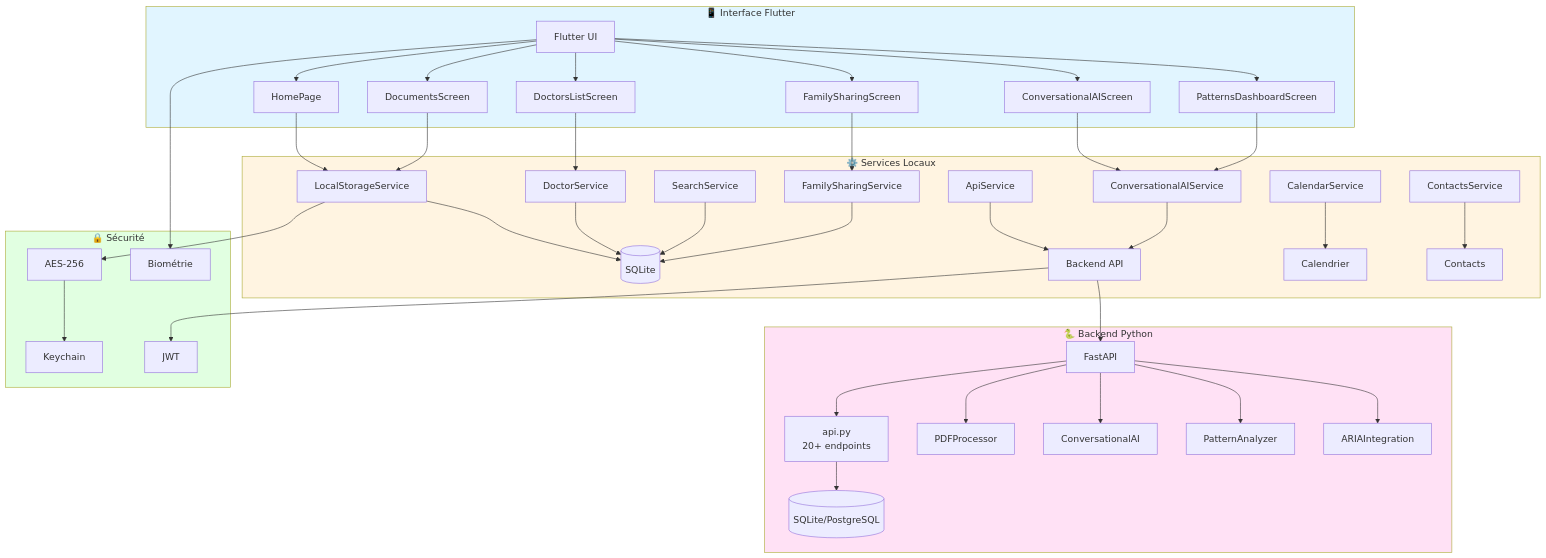
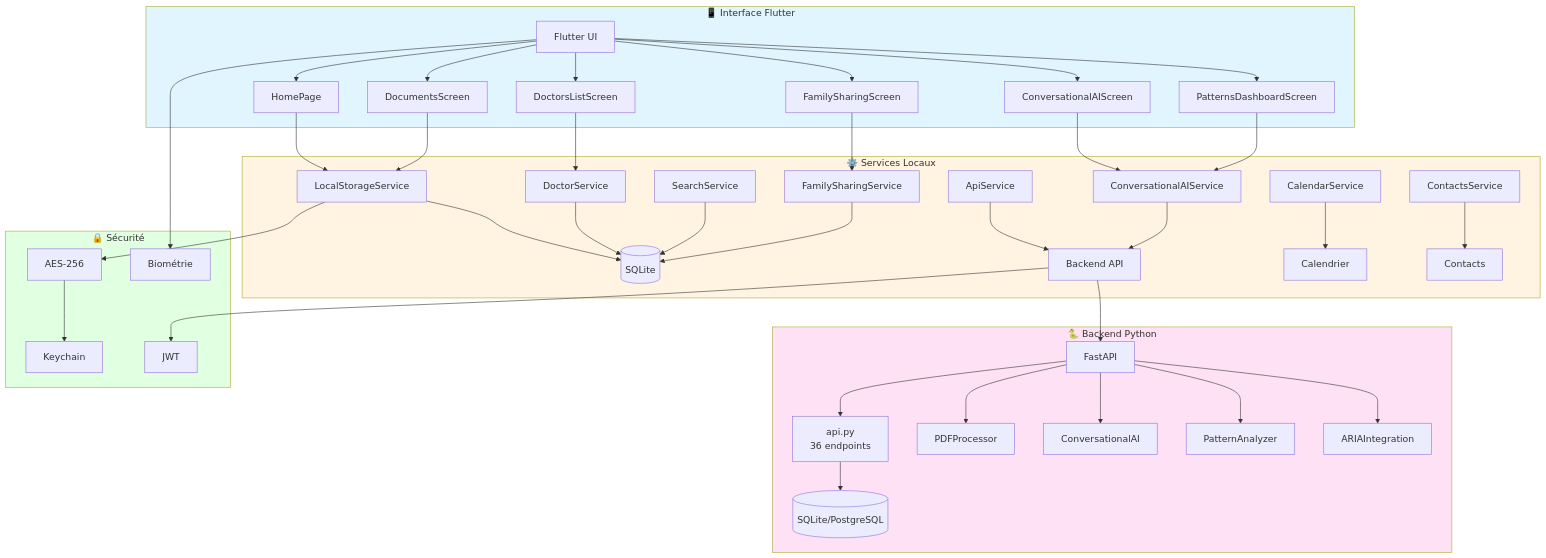
The first of 9 diagrams in docs/ARCHITECTURE.md (arkalia-luna-system/arkalia-cia), drawn with Mermaid before and after one commit. The commit also changed other lines of this file and 6 other files, not shown here.

````diff
--- a/docs/ARCHITECTURE.md
+++ b/docs/ARCHITECTURE.md
@@ -33,56 +33,56 @@
 ```mermaid
 graph TB
     subgraph UI["📱 Interface Flutter"]
         A[Flutter UI] --> B[HomePage]
         A --> C[DocumentsScreen]
         A --> D[DoctorsListScreen]
         A --> E[ConversationalAIScreen]
         A --> F[PatternsDashboardScreen]
         A --> G[FamilySharingScreen]
     end
 
     subgraph Services["⚙️ Services Locaux"]
         H[LocalStorageService] --> I[(SQLite)]
         J[ApiService] --> K[Backend API]
         L[DoctorService] --> I
         M[SearchService] --> I
         N[ConversationalAIService] --> K
         O[FamilySharingService] --> I
         P[CalendarService] --> Q[Calendrier]
         R[ContactsService] --> S[Contacts]
     end
 
     subgraph Backend["🐍 Backend Python"]
         K --> T[FastAPI]
-        T --> U["api.py<br/>20+ endpoints"]
+        T --> U["api.py<br/>36 endpoints"]
         T --> V[PDFProcessor]
         T --> W[ConversationalAI]
         T --> X[PatternAnalyzer]
         T --> Y[ARIAIntegration]
         U --> Z[(SQLite/PostgreSQL)]
     end
 
     subgraph Security["🔒 Sécurité"]
         AA[AES-256]
         AB[Keychain]
         AC[JWT]
         AD[Biométrie]
     end
 
     B --> H
     C --> H
     D --> L
     E --> N
     F --> N
     G --> O
 
     H --> AA
     AA --> AB
     K --> AC
     A --> AD
 
     style UI fill:#e1f5ff
     style Services fill:#fff4e1
     style Backend fill:#ffe1f5
     style Security fill:#e1ffe1
 ```
````
